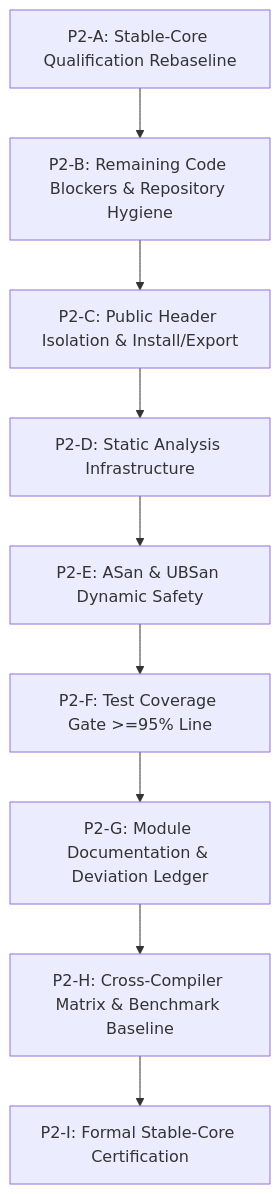
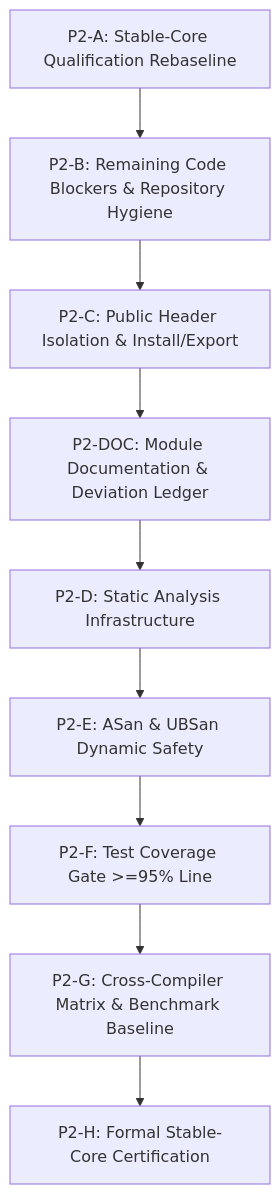
One commit to steven1n/Vectoris changed the diagram in docs/audits/AegisMathLib_Stable_Core_Qualification_v1.md. Above: the diagram before and after it, drawn with Mermaid. The commit also changed other lines of this file and 1 other file, not shown here.

Commit message:
docs(audit): synchronize post-P2-C qualification baseline

````diff
--- a/docs/audits/AegisMathLib_Stable_Core_Qualification_v1.md
+++ b/docs/audits/AegisMathLib_Stable_Core_Qualification_v1.md
@@ -196,11 +197,11 @@
 ```mermaid
 graph TD
     P2A[P2-A: Stable-Core Qualification Rebaseline] --> P2B[P2-B: Remaining Code Blockers & Repository Hygiene]
     P2B --> P2C[P2-C: Public Header Isolation & Install/Export]
-    P2C --> P2D[P2-D: Static Analysis Infrastructure]
+    P2C --> P2DOC[P2-DOC: Module Documentation & Deviation Ledger]
+    P2DOC --> P2D[P2-D: Static Analysis Infrastructure]
     P2D --> P2E[P2-E: ASan & UBSan Dynamic Safety]
     P2E --> P2F[P2-F: Test Coverage Gate >=95% Line]
-    P2F --> P2G[P2-G: Module Documentation & Deviation Ledger]
-    P2G --> P2H[P2-H: Cross-Compiler Matrix & Benchmark Baseline]
-    P2H --> P2I[P2-I: Formal Stable-Core Certification]
+    P2F --> P2G[P2-G: Cross-Compiler Matrix & Benchmark Baseline]
+    P2G --> P2H[P2-H: Formal Stable-Core Certification]
 ```
````
